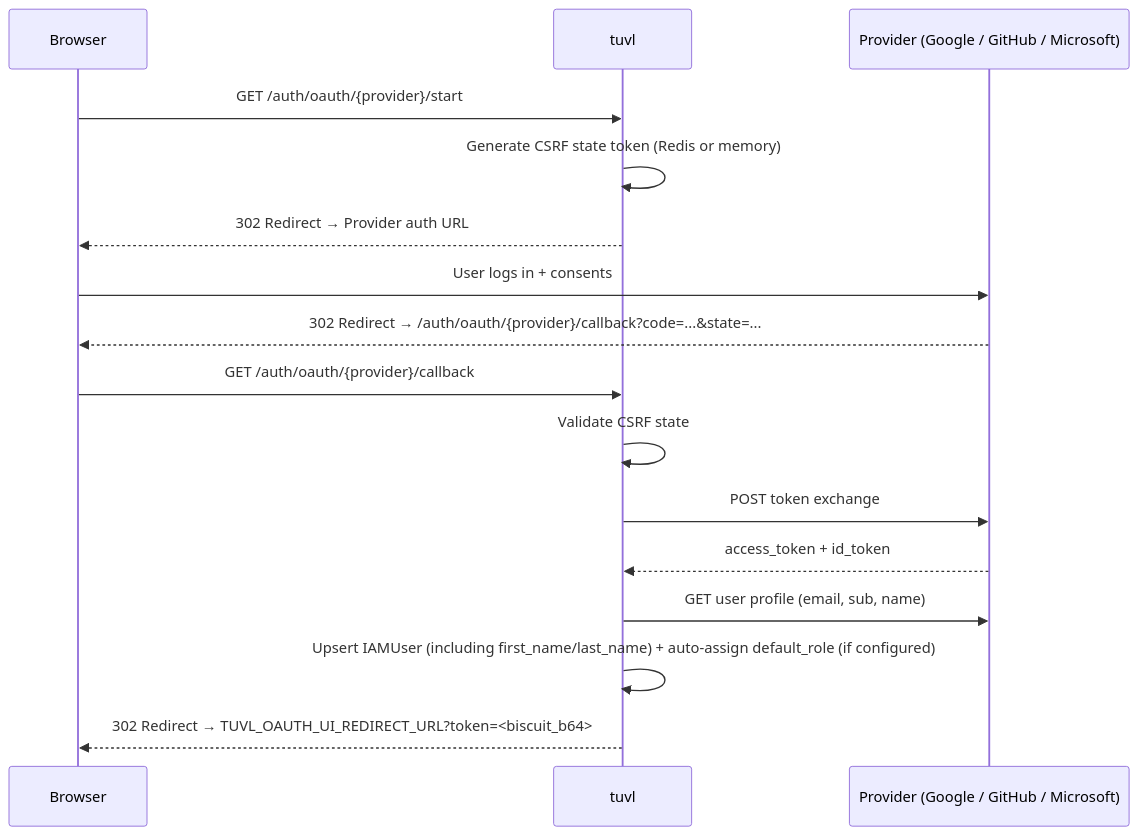
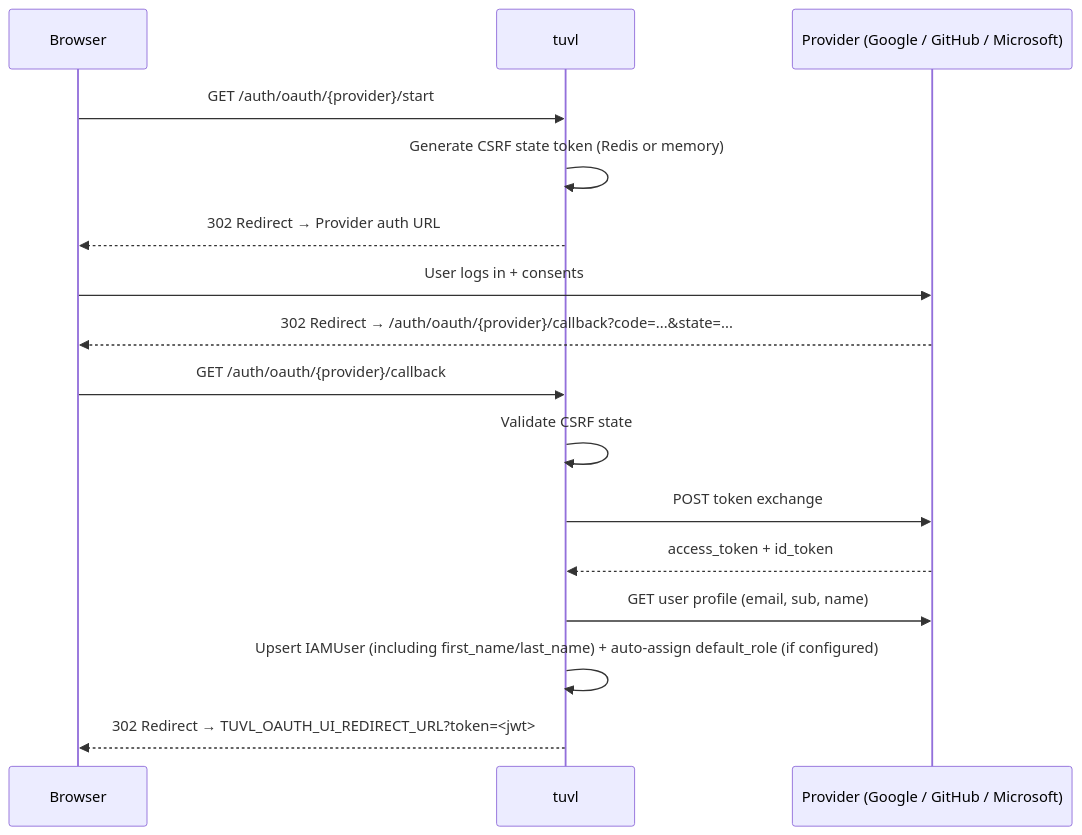
One commit to tuvl-io/docs changed the diagram in docs/security/federation.md. Above: the diagram before and after it, drawn with Mermaid. The commit also changed other lines of this file and 11 other files, not shown here.

````diff
--- a/docs/security/federation.md
+++ b/docs/security/federation.md
@@ -11,21 +11,21 @@
 ```mermaid
 sequenceDiagram
     participant Browser
     participant tuvl
     participant Provider (Google / GitHub / Microsoft)
 
     Browser->>tuvl: GET /auth/oauth/{provider}/start
     tuvl->>tuvl: Generate CSRF state token (Redis or memory)
     tuvl-->>Browser: 302 Redirect → Provider auth URL
 
     Browser->>Provider (Google / GitHub / Microsoft): User logs in + consents
     Provider (Google / GitHub / Microsoft)-->>Browser: 302 Redirect → /auth/oauth/{provider}/callback?code=...&state=...
 
     Browser->>tuvl: GET /auth/oauth/{provider}/callback
     tuvl->>tuvl: Validate CSRF state
     tuvl->>Provider (Google / GitHub / Microsoft): POST token exchange
     Provider (Google / GitHub / Microsoft)-->>tuvl: access_token + id_token
     tuvl->>Provider (Google / GitHub / Microsoft): GET user profile (email, sub, name)
     tuvl->>tuvl: Upsert IAMUser (including first_name/last_name) + auto-assign default_role (if configured)
-    tuvl-->>Browser: 302 Redirect → TUVL_OAUTH_UI_REDIRECT_URL?token=<biscuit_b64>
+    tuvl-->>Browser: 302 Redirect → TUVL_OAUTH_UI_REDIRECT_URL?token=<jwt>
 ```
````
